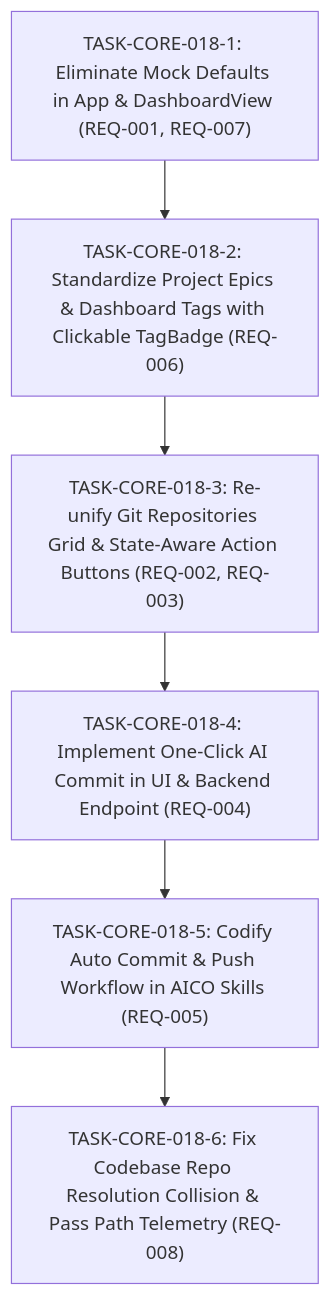
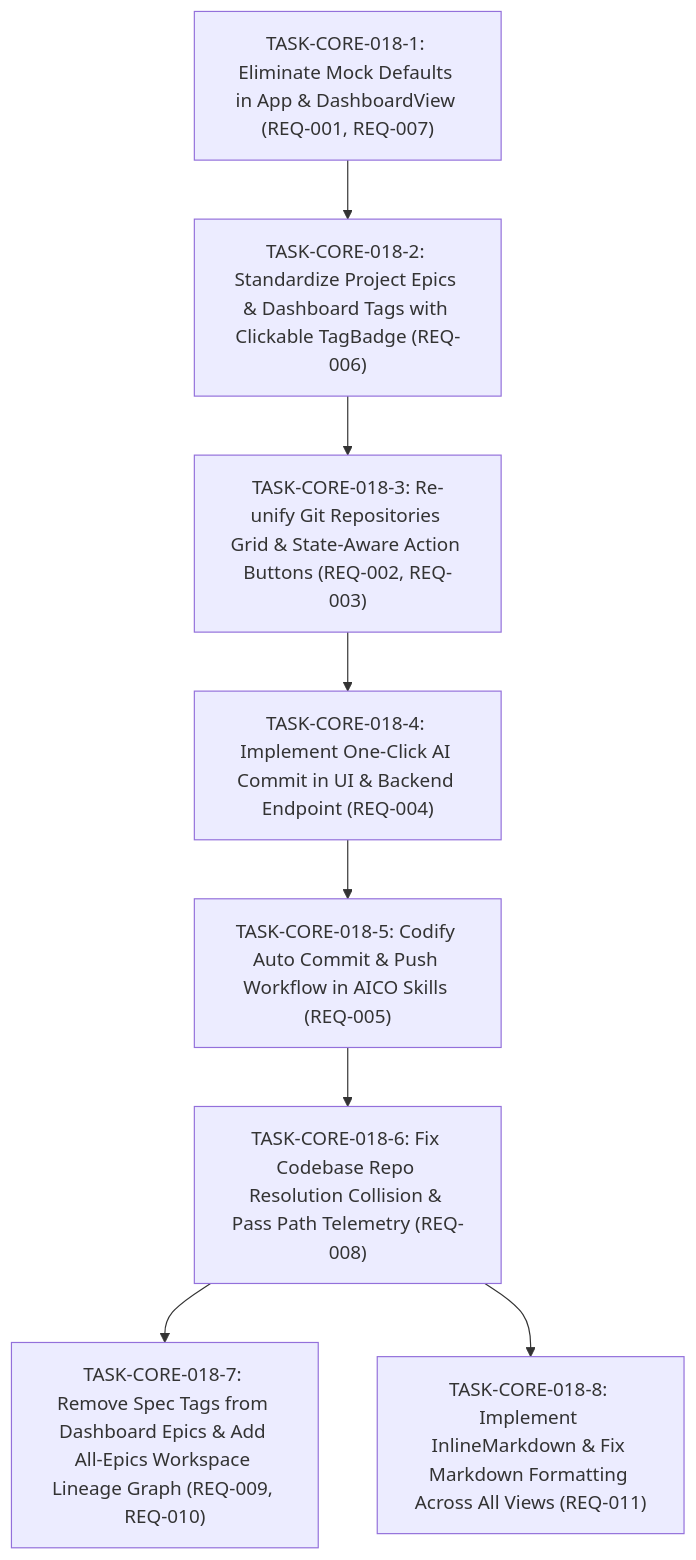
One commit to Lexer727/aico-specs changed the diagram in epics/ec-core/features/ft-core-dashboard-and-repo-card-refinement/plan-ft-core-dashboard-and-repo-card-refinement.md. Above: the diagram before and after it, drawn with Mermaid. The commit also changed other lines of this file and 1 other file, not shown here.

Commit message:
docs(specs): complete TASK-CORE-018-7 and TASK-CORE-018-8 for dashboard graph and markdown formatting

````diff
--- a/epics/ec-core/features/ft-core-dashboard-and-repo-card-refinement/plan-ft-core-dashboard-and-repo-card-refinement.md
+++ b/epics/ec-core/features/ft-core-dashboard-and-repo-card-refinement/plan-ft-core-dashboard-and-repo-card-refinement.md
@@ -35,15 +37,19 @@
 ```mermaid
 flowchart TD
     T1["TASK-CORE-018-1: Eliminate Mock Defaults in App & DashboardView (REQ-001, REQ-007)"]
     T2["TASK-CORE-018-2: Standardize Project Epics & Dashboard Tags with Clickable TagBadge (REQ-006)"]
     T3["TASK-CORE-018-3: Re-unify Git Repositories Grid & State-Aware Action Buttons (REQ-002, REQ-003)"]
     T4["TASK-CORE-018-4: Implement One-Click AI Commit in UI & Backend Endpoint (REQ-004)"]
     T5["TASK-CORE-018-5: Codify Auto Commit & Push Workflow in AICO Skills (REQ-005)"]
     T6["TASK-CORE-018-6: Fix Codebase Repo Resolution Collision & Pass Path Telemetry (REQ-008)"]
+    T7["TASK-CORE-018-7: Remove Spec Tags from Dashboard Epics & Add All-Epics Workspace Lineage Graph (REQ-009, REQ-010)"]
+    T8["TASK-CORE-018-8: Implement InlineMarkdown & Fix Markdown Formatting Across All Views (REQ-011)"]
 
     T1 --> T2
     T2 --> T3
     T3 --> T4
     T4 --> T5
     T5 --> T6
+    T6 --> T7
+    T6 --> T8
 ```
````
